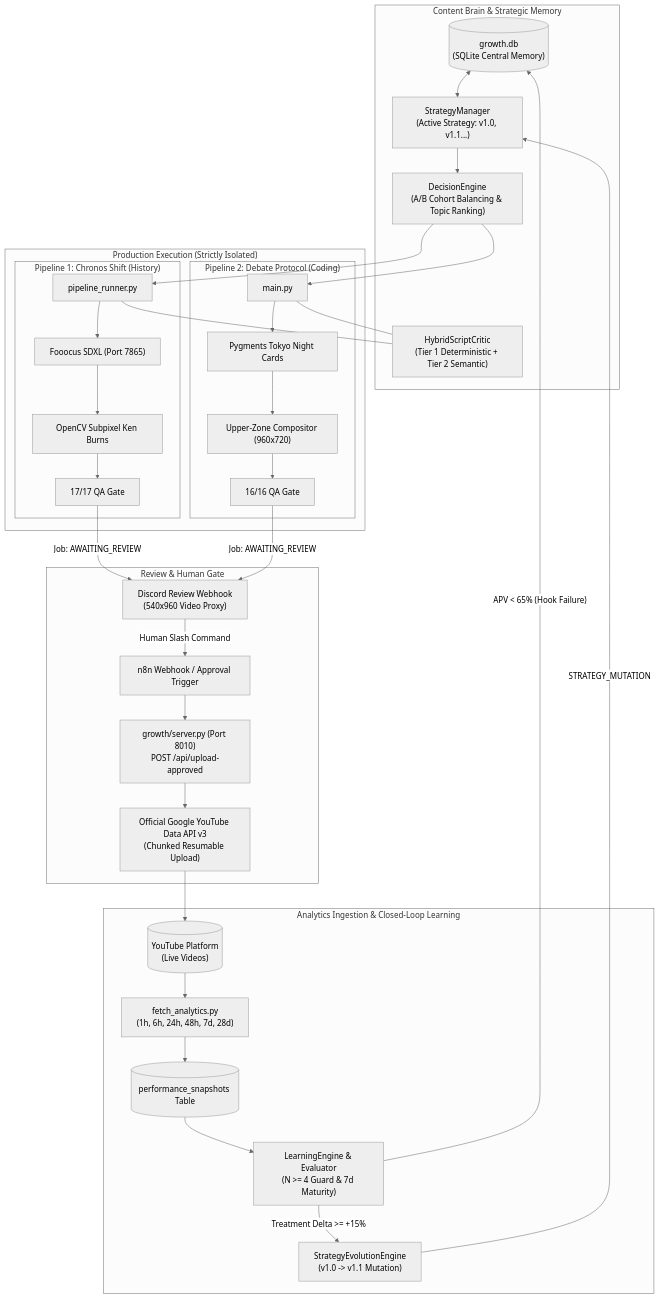
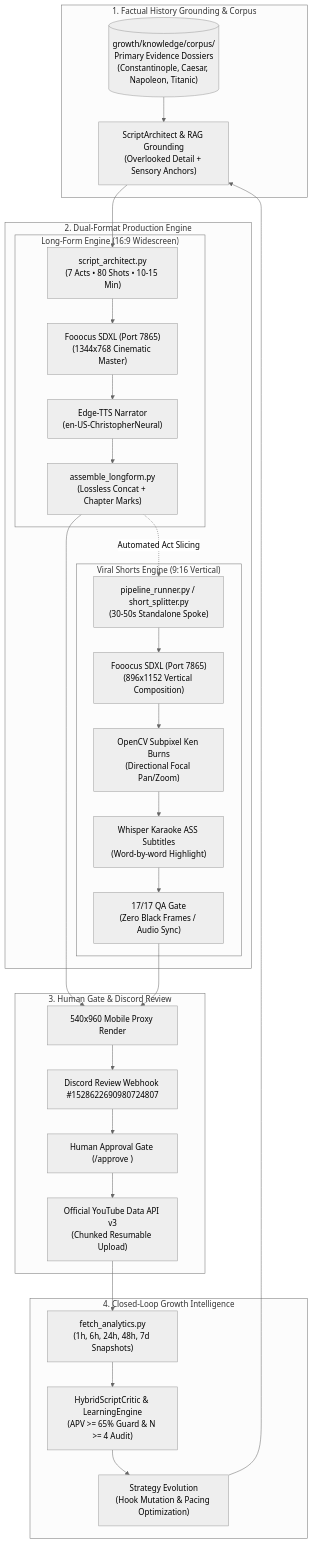
Before and after one commit to sainishath/yt-automation: the diagram in README.md, drawn with Mermaid (neutral theme). The commit also changed other lines of this file and 3 other files, not shown here.

````diff
--- a/README.md
+++ b/README.md
@@ -21,78 +20,64 @@
 ```mermaid
 flowchart TD
     %% ==========================================
-    %% LAYER 1: STRATEGY & CONTENT BRAIN
+    %% LAYER 1: KNOWLEDGE & RESEARCH
     %% ==========================================
-    subgraph BRAIN["Content Brain & Strategic Memory"]
-        DB[("growth.db\n(SQLite Central Memory)")]
-        SM["StrategyManager\n(Active Strategy: v1.0, v1.1...)"]
-        DE["DecisionEngine\n(A/B Cohort Balancing & Topic Ranking)"]
-        CRITIC["HybridScriptCritic\n(Tier 1 Deterministic + Tier 2 Semantic)"]
-        
-        DB <--> SM
-        SM --> DE
+    subgraph RESEARCH["1. Factual History Grounding & Corpus"]
+        CORPUS[("growth/knowledge/corpus/\nPrimary Evidence Dossiers\n(Constantinople, Caesar, Napoleon, Titanic)")]
+        RAG["ScriptArchitect & RAG Grounding\n(Overlooked Detail + Sensory Anchors)"]
+        CORPUS --> RAG
     end
 
     %% ==========================================
-    %% LAYER 2: ISOLATED PRODUCTION PIPELINES
+    %% LAYER 2: PRODUCTION ENGINE
     %% ==========================================
-    subgraph PRODUCTION["Production Execution (Strictly Isolated)"]
-        subgraph P1["Pipeline 1: Chronos Shift (History)"]
-            P1_RUN["pipeline_runner.py"]
-            P1_FOO["Fooocus SDXL (Port 7865)"]
-            P1_KB["OpenCV Subpixel Ken Burns"]
-            P1_QA["17/17 QA Gate"]
+    subgraph PRODUCTION["2. Dual-Format Production Engine"]
+        subgraph LONGFORM["Long-Form Engine (16:9 Widescreen)"]
+            LF_SCRIPT["script_architect.py\n(7 Acts • 80 Shots • 10-15 Min)"]
+            LF_IMAGE["Fooocus SDXL (Port 7865)\n(1344x768 Cinematic Master)"]
+            LF_VOICE["Edge-TTS Narrator\n(en-US-ChristopherNeural)"]
+            LF_COMP["assemble_longform.py\n(Lossless Concat + Chapter Marks)"]
             
-            P1_RUN --> P1_FOO --> P1_KB --> P1_QA
+            LF_SCRIPT --> LF_IMAGE --> LF_VOICE --> LF_COMP
         end
 
-        subgraph P2["Pipeline 2: Debate Protocol (Coding)"]
-            P2_RUN["main.py"]
-            P2_PYG["Pygments Tokyo Night Cards"]
-            P2_COMP["Upper-Zone Compositor (960x720)"]
-            P2_QA["16/16 QA Gate"]
+        subgraph SHORTS["Viral Shorts Engine (9:16 Vertical)"]
+            SH_RUN["pipeline_runner.py / short_splitter.py\n(30-50s Standalone Spoke)"]
+            SH_IMAGE["Fooocus SDXL (Port 7865)\n(896x1152 Vertical Composition)"]
+            SH_KB["OpenCV Subpixel Ken Burns\n(Directional Focal Pan/Zoom)"]
+            SH_SUB["Whisper Karaoke ASS Subtitles\n(Word-by-word Highlight)"]
+            SH_QA["17/17 QA Gate\n(Zero Black Frames / Audio Sync)"]
             
-            P2_RUN --> P2_PYG --> P2_COMP --> P2_QA
+            SH_RUN --> SH_IMAGE --> SH_KB --> SH_SUB --> SH_QA
         end
 
-        DE --> P1_RUN
-        DE --> P2_RUN
-        P1_RUN --- CRITIC
-        P2_RUN --- CRITIC
+        RAG --> LF_SCRIPT
+        LF_COMP -.->|"Automated Act Slicing"| SH_RUN
     end
 
     %% ==========================================
-    %% LAYER 3: HUMAN-IN-THE-LOOP & UPLOAD
+    %% LAYER 3: REVIEW & UPLOAD
     %% ==========================================
-    subgraph REVIEW["Review & Human Gate"]
-        DISCORD["Discord Review Webhook\n(540x960 Video Proxy)"]
-        N8N["n8n Webhook / Approval Trigger"]
-        SERVER["growth/server.py (Port 8010)\nPOST /api/upload-approved"]
-        YT_API["Official Google YouTube Data API v3\n(Chunked Resumable Upload)"]
+    subgraph REVIEW["3. Human Gate & Discord Review"]
+        PROXY["540x960 Mobile Proxy Render"]
+        DISCORD["Discord Review Webhook #1528622690980724807"]
+        APPROVE["Human Approval Gate (/approve <job_id>)"]
+        YT["Official YouTube Data API v3\n(Chunked Resumable Upload)"]
         
-        P1_QA -->|"Job: AWAITING_REVIEW"| DISCORD
-        P2_QA -->|"Job: AWAITING_REVIEW"| DISCORD
-        DISCORD -->|"Human Slash Command"| N8N
-        N8N --> SERVER
-        SERVER --> YT_API
+        LF_COMP --> PROXY
+        SH_QA --> PROXY
+        PROXY --> DISCORD --> APPROVE --> YT
     end
 
     %% ==========================================
     %% LAYER 4: ANALYTICS & CLOSED-LOOP LEARNING
     %% ==========================================
-    subgraph LEARNING["Analytics Ingestion & Closed-Loop Learning"]
-        YT_PLATFORM[("YouTube Platform\n(Live Videos)")]
-        FETCH["fetch_analytics.py\n(1h, 6h, 24h, 48h, 7d, 28d)"]
-        SNAPS[("performance_snapshots Table")]
-        LE["LearningEngine & Evaluator\n(N >= 4 Guard & 7d Maturity)"]
-        EVO["StrategyEvolutionEngine\n(v1.0 -> v1.1 Mutation)"]
+    subgraph LEARNING["4. Closed-Loop Growth Intelligence"]
+        ANALYTICS["fetch_analytics.py\n(1h, 6h, 24h, 48h, 7d Snapshots)"]
+        CRITIC["HybridScriptCritic & LearningEngine\n(APV >= 65% Guard & N >= 4 Audit)"]
+        STRATEGY["Strategy Evolution\n(Hook Mutation & Pacing Optimization)"]
         
-        YT_API --> YT_PLATFORM
-        YT_PLATFORM --> FETCH
-        FETCH --> SNAPS
-        SNAPS --> LE
-        LE -->|"APV < 65% (Hook Failure)"| DB
-        LE -->|"Treatment Delta >= +15%"| EVO
-        EVO -->|"STRATEGY_MUTATION"| SM
+        YT --> ANALYTICS --> CRITIC --> STRATEGY
+        STRATEGY --> RAG
     end
 ```
````
